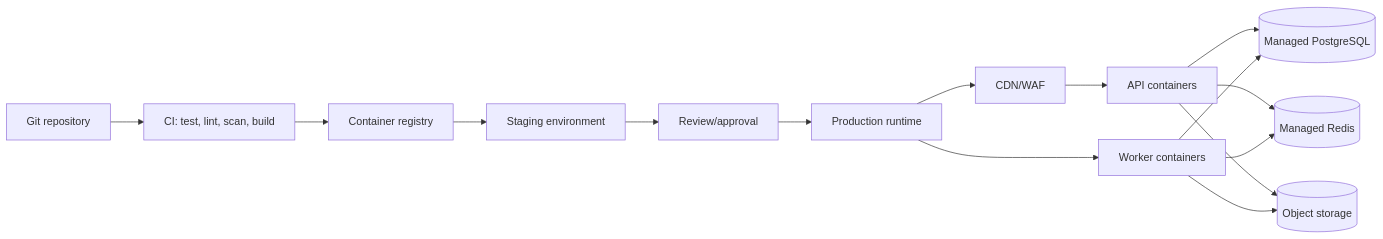
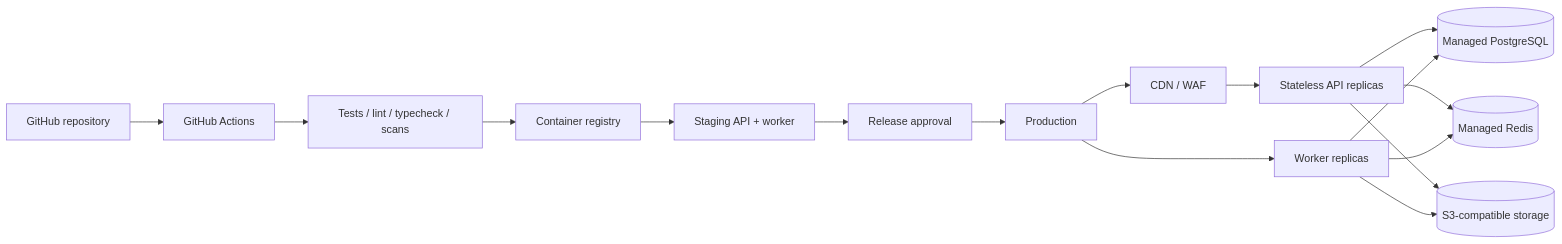
One commit to Afriab12/AfriLink changed the third of 3 diagrams in docs/03-architecture/architecture.md. Above: the diagram before and after it, drawn with Mermaid. The commit also changed other lines of this file, not shown here.

Commit message:
docs: add AfriLink system architecture

````diff
--- a/docs/03-architecture/architecture.md
+++ b/docs/03-architecture/architecture.md
@@ -343,17 +374,18 @@
 ```mermaid
 flowchart LR
-	Git[Git repository] --> CI[CI: test, lint, scan, build]
-	CI --> Registry[Container registry]
-	Registry --> Staging[Staging environment]
-	Staging --> Approval[Review/approval]
-	Approval --> Prod[Production runtime]
-	Prod --> Edge[CDN/WAF]
-	Edge --> API[API containers]
-	Prod --> Worker[Worker containers]
-	API --> PG[(Managed PostgreSQL)]
-	API --> Redis[(Managed Redis)]
-	API --> S3[(Object storage)]
-	Worker --> PG
-	Worker --> Redis
-	Worker --> S3
+    Git[GitHub repository] --> Actions[GitHub Actions]
+    Actions --> Checks[Tests / lint / typecheck / scans]
+    Checks --> Registry[Container registry]
+    Registry --> Staging[Staging API + worker]
+    Staging --> Approval[Release approval]
+    Approval --> Production[Production]
+    Production --> Edge[CDN / WAF]
+    Edge --> API[Stateless API replicas]
+    Production --> Worker[Worker replicas]
+    API --> PG[(Managed PostgreSQL)]
+    API --> Redis[(Managed Redis)]
+    API --> S3[(S3-compatible storage)]
+    Worker --> PG
+    Worker --> Redis
+    Worker --> S3
 ```
````
